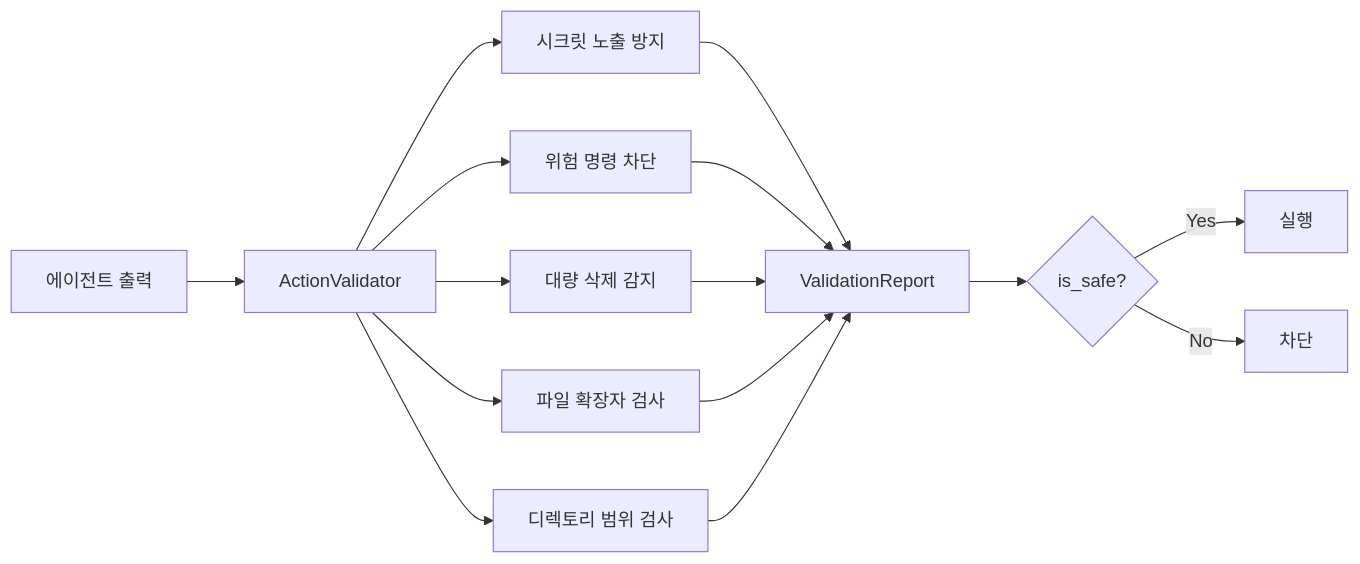
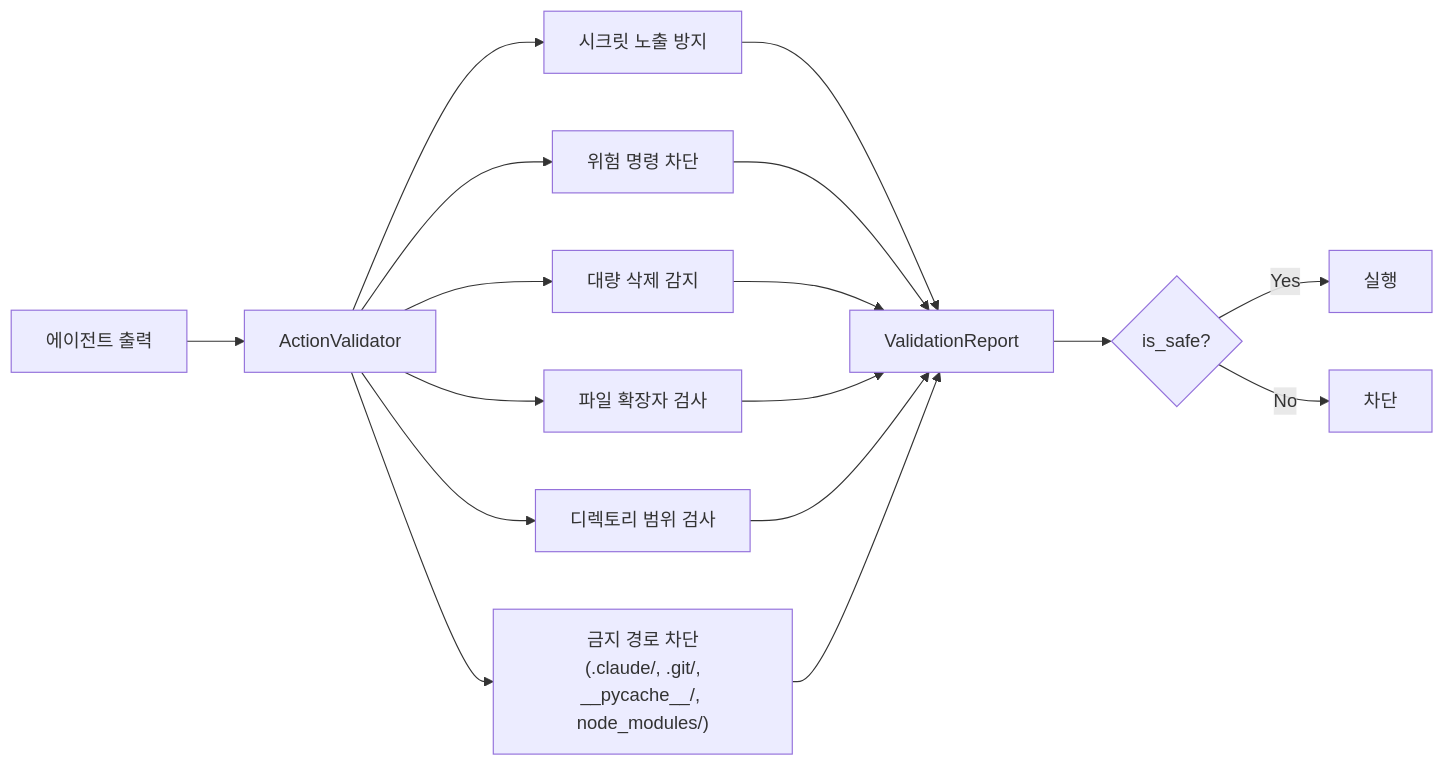
One commit to youngs75/youngs75_coding_ai_agent changed diagram 12 of 16 in docs/ARCHITECTURE.md. Above: the diagram before and after it, drawn with Mermaid. The commit also changed other lines of this file and 15 other files, not shown here.

````diff
--- a/docs/ARCHITECTURE.md
+++ b/docs/ARCHITECTURE.md
@@ -362,13 +429,14 @@
 ```mermaid
 graph LR
     CODE["에이전트 출력"] --> AV["ActionValidator"]
     AV --> R1["시크릿 노출 방지"]
     AV --> R2["위험 명령 차단"]
     AV --> R3["대량 삭제 감지"]
     AV --> R4["파일 확장자 검사"]
     AV --> R5["디렉토리 범위 검사"]
-    R1 & R2 & R3 & R4 & R5 --> REPORT["ValidationReport"]
+    AV --> R6["금지 경로 차단<br/>(.claude/, .git/,<br/>__pycache__/, node_modules/)"]
+    R1 & R2 & R3 & R4 & R5 & R6 --> REPORT["ValidationReport"]
     REPORT --> SAFE{is_safe?}
     SAFE -->|Yes| EXECUTE["실행"]
     SAFE -->|No| BLOCK["차단"]
 ```
````
